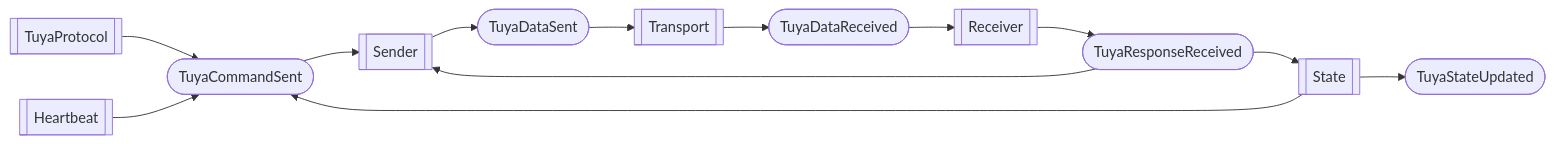
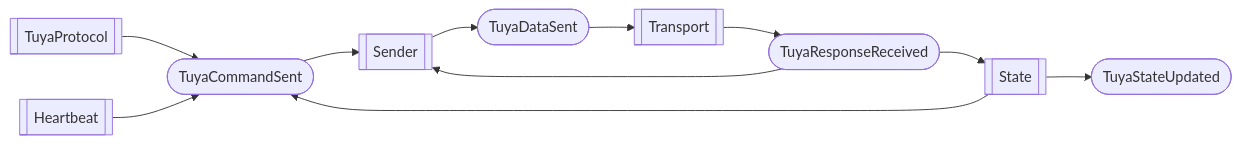
Before and after one commit to gpajot/local-tuya: the diagram in local_tuya/tuya/README.md, drawn with Mermaid. The commit also changed 13 other files, not shown here.

````diff
--- a/local_tuya/tuya/README.md
+++ b/local_tuya/tuya/README.md
@@ -14,26 +14,22 @@
 ```mermaid
 flowchart LR
     P[[TuyaProtocol]]
     ST[[State]]
     H[[Heartbeat]]
     cs([TuyaCommandSent])
     P --> cs
     ST --> cs
     H --> cs
     cs --> S
     S[[Sender]]
     ds([TuyaDataSent])
     S --> ds
     ds --> T
     T[[Transport]]
-    dr([TuyaDataReceived])
-    T --> dr
-    dr --> R
-    R[[Receiver]]
     rr([TuyaResponseReceived])
-    R --> rr
+    T --> rr
     rr --> ST
     rr --> S
     su([TuyaStateUpdated])
     ST --> su
 ```
````
